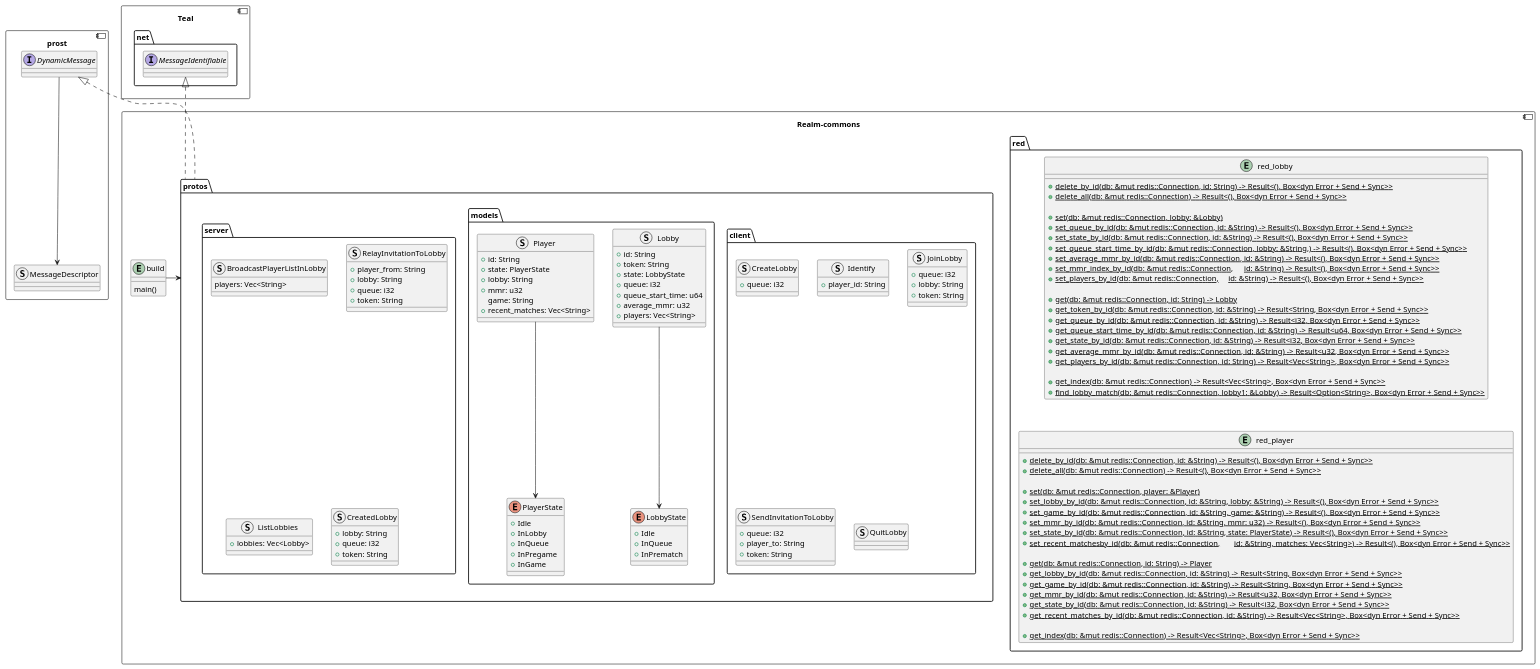
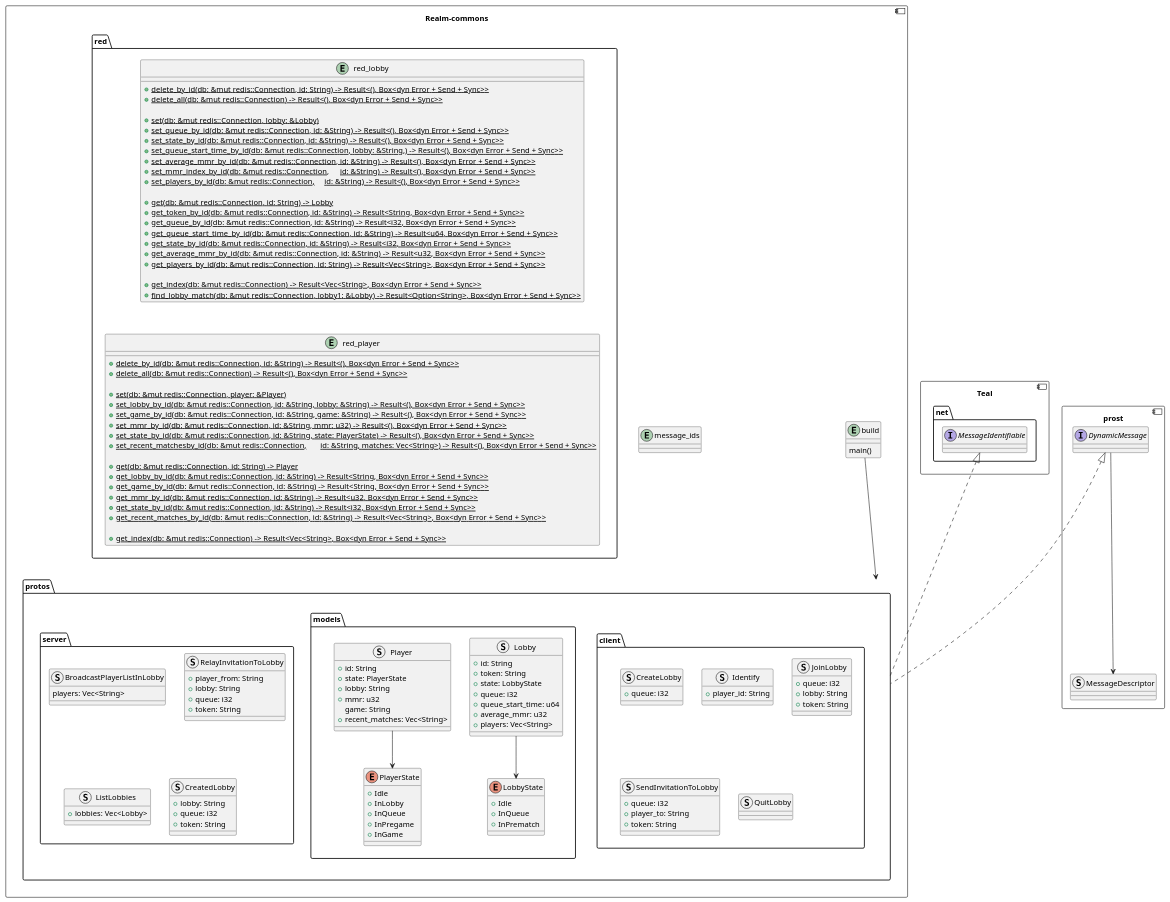
Before and after one commit to Souchy/RustProject: the third of 3 diagrams in docs/diagrams/module_realm_commons.puml, drawn with PlantUML. The commit also changed other lines of this file and 15 other files, not shown here.

Commit message:
Diagrammes

```diff
--- a/docs/diagrams/module_realm_commons.puml
+++ b/docs/diagrams/module_realm_commons.puml
@@ -1,140 +158,147 @@
-@startuml Teal
-
+@startuml Realmcommons-full
 component prost {
 	interface "DynamicMessage" as p_dn {}
 	struct "MessageDescriptor" as p_md {}
 	p_dn --> p_md
 }
 component Teal {
 	package net {
 		interface "MessageIdentifiable" as mi
 	}
 }
 component Realm-commons {
-	entity build {
-		main()
-	}
 	package red {
 		entity red_lobby {
 			{static} +delete_by_id(db: &mut redis::Connection, id: String) -> Result<(), Box<dyn Error + Send + Sync>>
 			{static} +delete_all(db: &mut redis::Connection) -> Result<(), Box<dyn Error + Send + Sync>>
 
 			{static} +set(db: &mut redis::Connection, lobby: &Lobby)
 			{static} +set_queue_by_id(db: &mut redis::Connection, id: &String) -> Result<(), Box<dyn Error + Send + Sync>>
 			{static} +set_state_by_id(db: &mut redis::Connection, id: &String) -> Result<(), Box<dyn Error + Send + Sync>>
 			{static} +set_queue_start_time_by_id(db: &mut redis::Connection, lobby: &String,) -> Result<(), Box<dyn Error + Send + Sync>>
 			{static} +set_average_mmr_by_id(db: &mut redis::Connection, id: &String) -> Result<(), Box<dyn Error + Send + Sync>>
 			{static} +set_mmr_index_by_id(db: &mut redis::Connection,	id: &String) -> Result<(), Box<dyn Error + Send + Sync>>
 			{static} +set_players_by_id(db: &mut redis::Connection,	id: &String) -> Result<(), Box<dyn Error + Send + Sync>>
 
 			{static} +get(db: &mut redis::Connection, id: String) -> Lobby
 			{static} +get_token_by_id(db: &mut redis::Connection, id: &String) -> Result<String, Box<dyn Error + Send + Sync>>
 			{static} +get_queue_by_id(db: &mut redis::Connection, id: &String) -> Result<i32, Box<dyn Error + Send + Sync>>
 			{static} +get_queue_start_time_by_id(db: &mut redis::Connection, id: &String) -> Result<u64, Box<dyn Error + Send + Sync>>
 			{static} +get_state_by_id(db: &mut redis::Connection, id: &String) -> Result<i32, Box<dyn Error + Send + Sync>>
 			{static} +get_average_mmr_by_id(db: &mut redis::Connection, id: &String) -> Result<u32, Box<dyn Error + Send + Sync>>
 			{static} +get_players_by_id(db: &mut redis::Connection, id: String) -> Result<Vec<String>, Box<dyn Error + Send + Sync>>
 
 			{static} +get_index(db: &mut redis::Connection) -> Result<Vec<String>, Box<dyn Error + Send + Sync>>
 			{static} +find_lobby_match(db: &mut redis::Connection, lobby1: &Lobby) -> Result<Option<String>, Box<dyn Error + Send + Sync>>
 		}
 		entity red_player {
 			{static} +delete_by_id(db: &mut redis::Connection, id: &String) -> Result<(), Box<dyn Error + Send + Sync>>
 			{static} +delete_all(db: &mut redis::Connection) -> Result<(), Box<dyn Error + Send + Sync>>
 
 			{static} +set(db: &mut redis::Connection, player: &Player)
 			{static} +set_lobby_by_id(db: &mut redis::Connection, id: &String, lobby: &String) -> Result<(), Box<dyn Error + Send + Sync>>
 			{static} +set_game_by_id(db: &mut redis::Connection, id: &String, game: &String) -> Result<(), Box<dyn Error + Send + Sync>>
 			{static} +set_mmr_by_id(db: &mut redis::Connection, id: &String, mmr: u32) -> Result<(), Box<dyn Error + Send + Sync>>
 			{static} +set_state_by_id(db: &mut redis::Connection, id: &String, state: PlayerState) -> Result<(), Box<dyn Error + Send + Sync>>
 			{static} +set_recent_matchesby_id(db: &mut redis::Connection,	id: &String, matches: Vec<String>) -> Result<(), Box<dyn Error + Send + Sync>>
 
 			{static} +get(db: &mut redis::Connection, id: String) -> Player
 			{static} +get_lobby_by_id(db: &mut redis::Connection, id: &String) -> Result<String, Box<dyn Error + Send + Sync>>
 			{static} +get_game_by_id(db: &mut redis::Connection, id: &String) -> Result<String, Box<dyn Error + Send + Sync>>
 			{static} +get_mmr_by_id(db: &mut redis::Connection, id: &String) -> Result<u32, Box<dyn Error + Send + Sync>>
 			{static} +get_state_by_id(db: &mut redis::Connection, id: &String) -> Result<i32, Box<dyn Error + Send + Sync>>
 			{static} +get_recent_matches_by_id(db: &mut redis::Connection, id: &String) -> Result<Vec<String>, Box<dyn Error + Send + Sync>>
 
 			{static} +get_index(db: &mut redis::Connection) -> Result<Vec<String>, Box<dyn Error + Send + Sync>>
 		}
 		red_lobby -[hidden]- red_player
 	}
 	package protos {
 		package client {
 			struct CreateLobby {
 				+queue: i32
 			}
 			struct Identify {
 				+player_id: String
 			}
 			struct JoinLobby {
 				+queue: i32
 				+lobby: String
 				+token: String
 			}
 			struct SendInvitationToLobby {
 				+queue: i32
 				+player_to: String
 				+token: String
 			}
 			struct QuitLobby {}
 		}
 		package models {
 			struct Lobby {
 				+id: String
 				+token: String
 				+state: LobbyState
 				+queue: i32
 				+queue_start_time: u64
 				+average_mmr: u32
 				+players: Vec<String>
 			}
 			enum LobbyState {
 				+Idle
 				+InQueue
 				+InPrematch
 			}
 			Lobby -down-> LobbyState
 			struct Player {
 				+id: String
 				+state: PlayerState
 				+lobby: String
 				+mmr: u32
 				game: String
 				+recent_matches: Vec<String>
 			}
 			enum PlayerState {
 				+Idle
 				+InLobby
 				+InQueue
 				+InPregame
 				+InGame
 			}
 			Player -down-> PlayerState
 		}
 		package server {
 			struct BroadcastPlayerListInLobby {
 				players: Vec<String>
 			}
 			struct RelayInvitationToLobby {
 				+player_from: String
 				+lobby: String
 				+queue: i32
 				+token: String
 			}
 			struct ListLobbies {
 				+lobbies: Vec<Lobby>
 			}
 			struct CreatedLobby {
 				+lobby: String
 				+queue: i32
 				+token: String
 			}
 		}
 	}
+	entity build {
+		main()
+	}
+	entity message_ids {}
+	' message_ids -[hidden]down- build
+	build -down-> protos
 	protos .up.|> mi
 	protos .up.|> p_dn
-	build -> protos
 }
+red -[hidden]down- protos
+red_lobby -[hidden]down- client
+red_player -[hidden]down- models
+red -[hidden]- build
+red -[hidden]- message_ids
+' build -down-> protos
 @enduml
```
